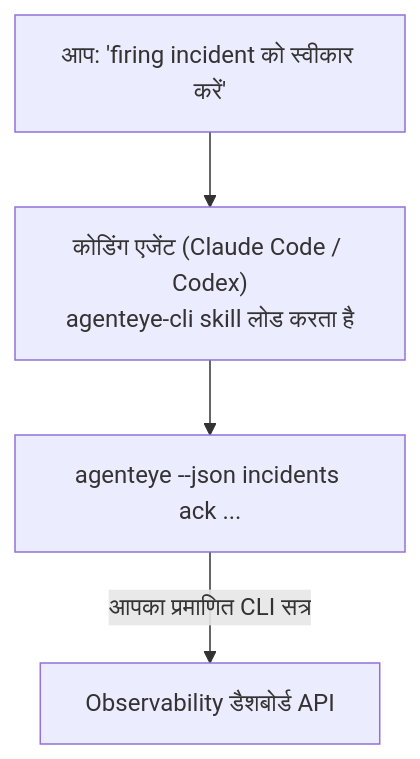
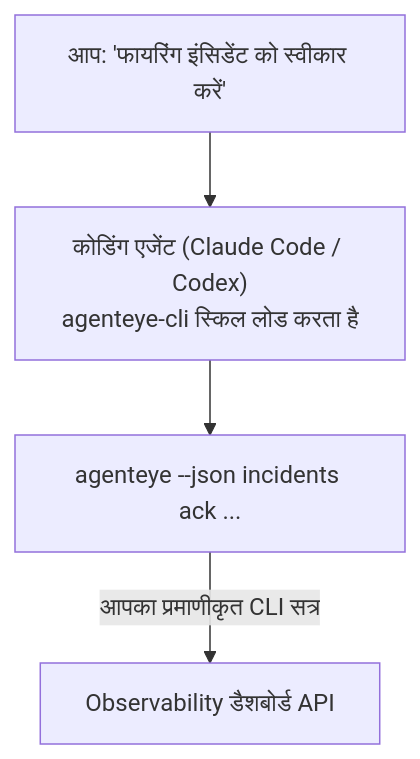
Before and after one commit to GongYuanCaiJi/failproofai: the diagram in docs/hi/agenteye/cli-skill.mdx, drawn with Mermaid. The commit also changed other lines of this file and 364 other files, not shown here.

````diff
--- a/docs/hi/agenteye/cli-skill.mdx
+++ b/docs/hi/agenteye/cli-skill.mdx
@@ -25,6 +29,6 @@
 ```mermaid
 flowchart TD
-    YOU["आप: 'firing incident को स्वीकार करें'"] --> AGENT["कोडिंग एजेंट (Claude Code / Codex)<br/>agenteye-cli skill लोड करता है"]
+    YOU["आप: 'फायरिंग इंसिडेंट को स्वीकार करें'"] --> AGENT["कोडिंग एजेंट (Claude Code / Codex)<br/>agenteye-cli स्किल लोड करता है"]
     AGENT --> CLI["agenteye --json incidents ack ..."]
-    CLI -->|आपका प्रमाणित CLI सत्र| API["Observability डैशबोर्ड API"]
+    CLI -->|आपका प्रमाणीकृत CLI सत्र| API["Observability डैशबोर्ड API"]
 ```
````
